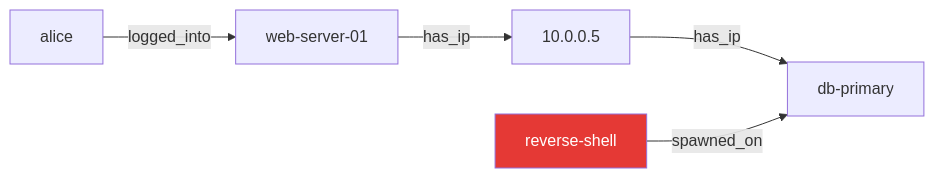
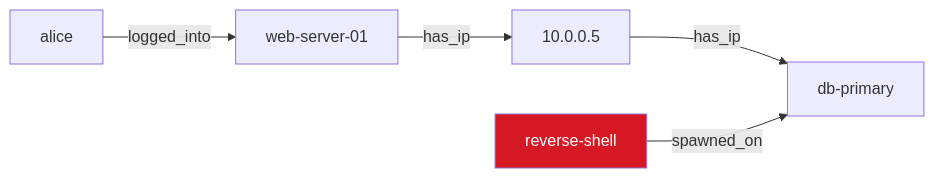
Before and after one commit to seerflow/seerflow-guide: the fourth of 5 diagrams in docs/entity-graph/index.md, drawn with Mermaid. The commit also changed 9 other files, not shown here.

First line of the commit message:
fix(brand): recolor mermaid diagrams to brand palette

````diff
--- a/docs/entity-graph/index.md
+++ b/docs/entity-graph/index.md
@@ -82,8 +82,8 @@
 ```mermaid
 graph LR
     U[alice] -->|logged_into| H1[web-server-01]
     H1 -->|has_ip| IP[10.0.0.5]
     IP -->|has_ip| H2[db-primary]
     P[reverse-shell] -->|spawned_on| H2
-    style P fill:#e53935,color:#fff
+    style P fill:#d41824,color:#fff
 ```
````
